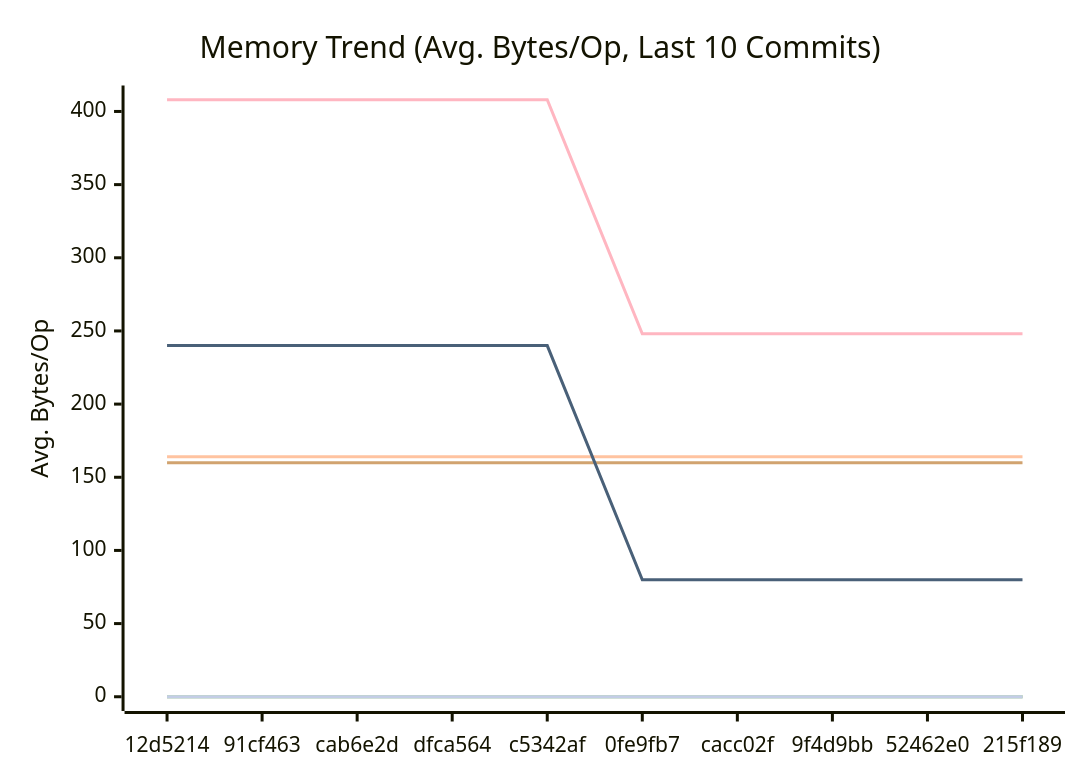
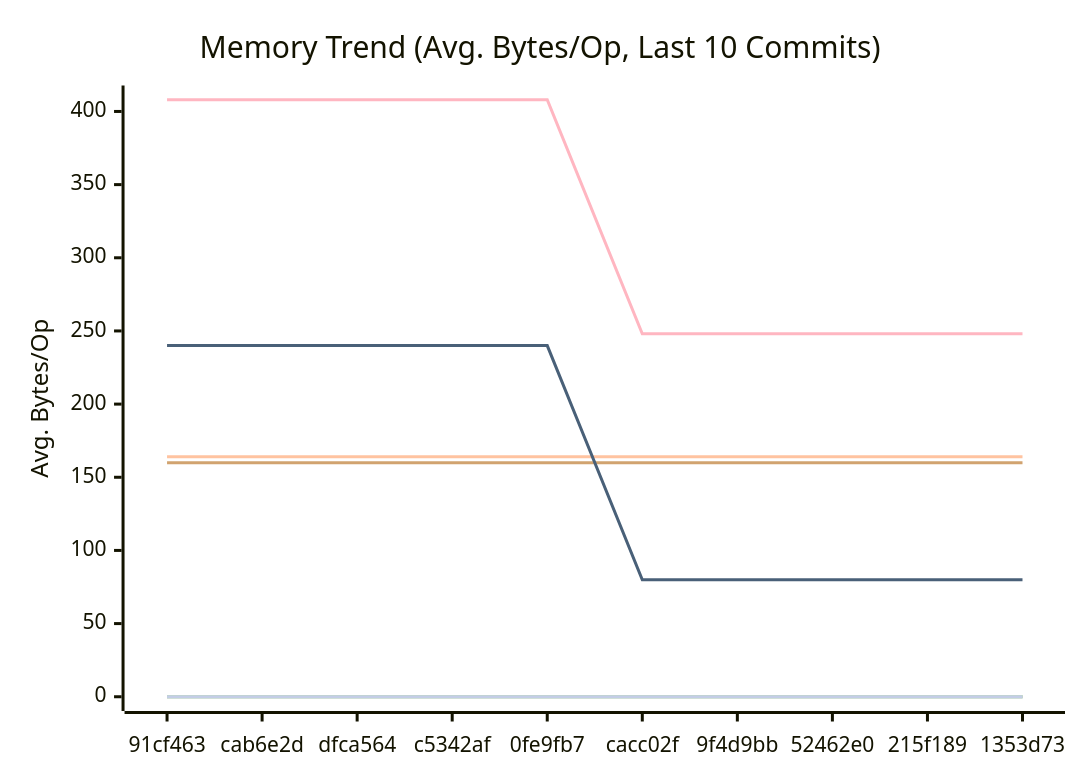
One commit to alsotoes/momo changed the second of 3 diagrams in docs/PERFORMANCE.md. Above: the diagram before and after it, drawn with Mermaid. The commit also changed other lines of this file and 5 other files, not shown here.

````diff
--- a/docs/PERFORMANCE.md
+++ b/docs/PERFORMANCE.md
@@ -97,16 +97,16 @@
 ```mermaid
 xychart-beta
     title "Memory Trend (Avg. Bytes/Op, Last 10 Commits)"
     x-axis "Commit"
     y-axis "Avg. Bytes/Op"
-    x-axis [12d5214,91cf463,cab6e2d,dfca564,c5342af,0fe9fb7,cacc02f,9f4d9bb,52462e0,215f189]
+    x-axis [91cf463,cab6e2d,dfca564,c5342af,0fe9fb7,cacc02f,9f4d9bb,52462e0,215f189,1353d73]
     line "CheckMetricsAndSwap" [0,0,0,0,0,0,0,0,0,0]
     line "CrushOptimized" [0,0,0,0,0,0,0,0,0,0]
     line "CrushOriginal" [164,164,164,164,164,164,164,164,164,164]
     line "IndexDirectTracking" [0,0,0,0,0,0,0,0,0,0]
     line "IndexSearch" [0,0,0,0,0,0,0,0,0,0]
     line "LoadGlobalConfig" [160,160,160,160,160,160,160,160,160,160]
     line "PadString" [0,0,0,0,0,0,0,0,0,0]
     line "ParseReplicationOrder_NoPrealloc" [408,408,408,408,408,248,248,248,248,248]
     line "ParseReplicationOrder_Prealloc" [240,240,240,240,240,80,80,80,80,80]
 ```
````
